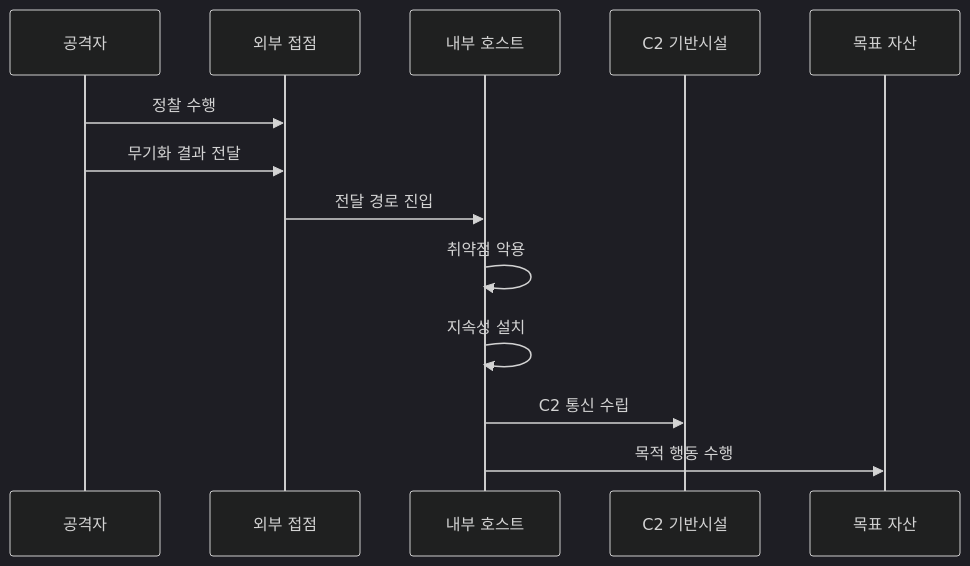
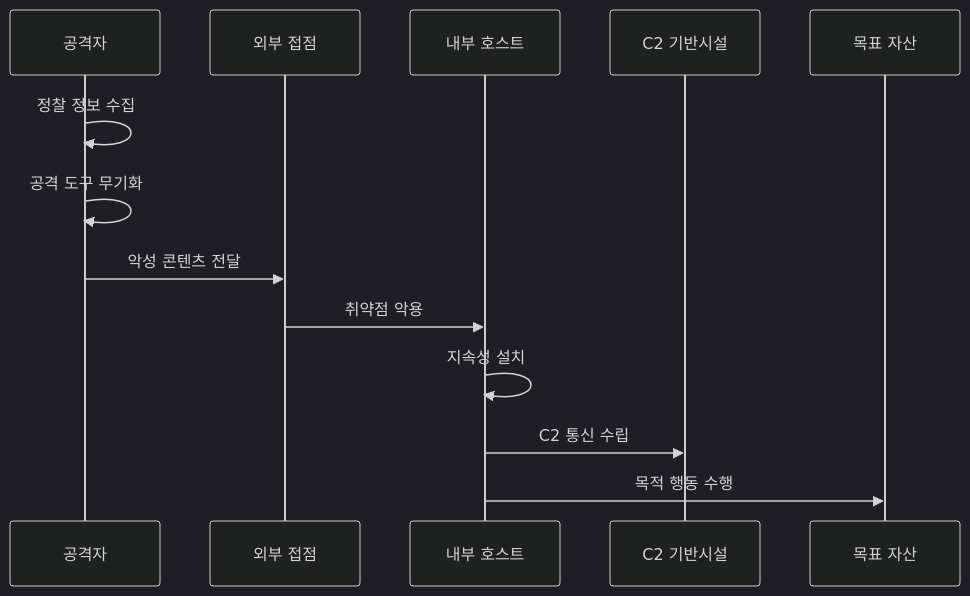
The second of 2 diagrams in src/content/docs/notes/05-security/028_cyber_kill_chain.md (agnusdei1207/knowledge-base), drawn with Mermaid (dark theme) before and after one commit. The commit also changed other lines of this file and 7 other files, not shown here.

````diff
--- a/src/content/docs/notes/05-security/028_cyber_kill_chain.md
+++ b/src/content/docs/notes/05-security/028_cyber_kill_chain.md
@@ -90,15 +88,15 @@
 ```mermaid
 sequenceDiagram
     participant A as 공격자
     participant O as 외부 접점
     participant H as 내부 호스트
     participant C as C2 기반시설
     participant T as 목표 자산
-    A->>O: 정찰 수행
-    A->>O: 무기화 결과 전달
-    O->>H: 전달 경로 진입
-    H->>H: 취약점 악용
+    A->>A: 정찰 정보 수집
+    A->>A: 공격 도구 무기화
+    A->>O: 악성 콘텐츠 전달
+    O->>H: 취약점 악용
     H->>H: 지속성 설치
     H->>C: C2 통신 수립
     H->>T: 목적 행동 수행
 ```
````
